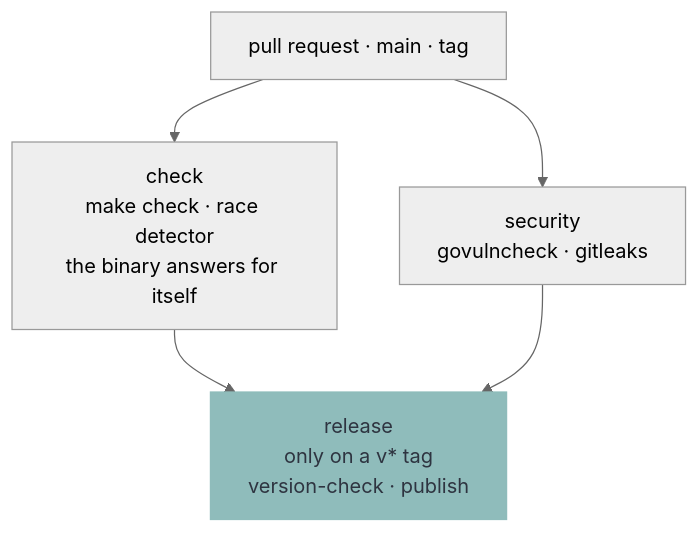
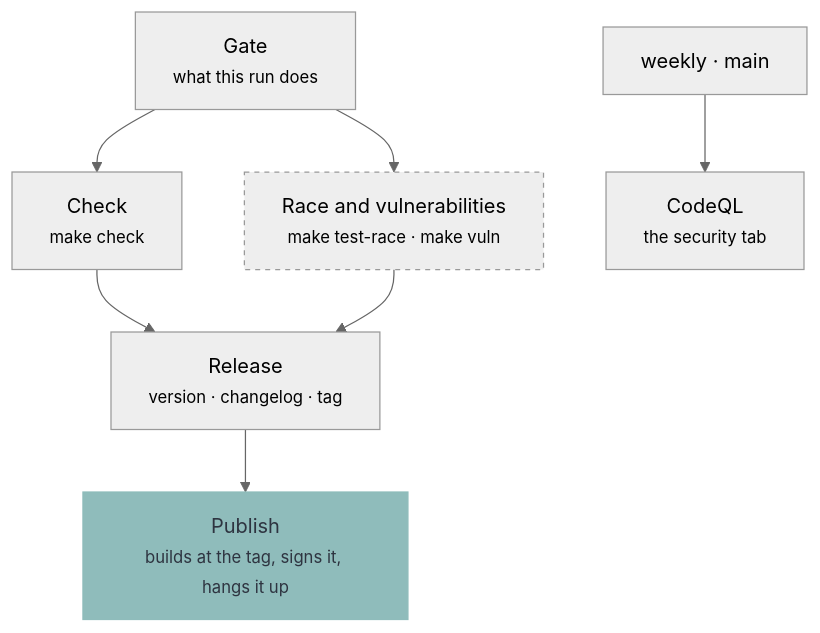
One commit to murkl/oak changed the second of 2 diagrams in docs/CONTRIBUTING.md. Above: the diagram before and after it, drawn with Mermaid (neutral theme). The commit also changed other lines of this file and 8 other files, not shown here.

Commit message:
ci: write the version and the release out of what lands on main

````diff
--- a/docs/CONTRIBUTING.md
+++ b/docs/CONTRIBUTING.md
@@ -82,9 +83,12 @@
 ```mermaid
 flowchart TD
-    P["pull request · main · tag"] --> C["check<br/>make check · race detector<br/>the binary answers for itself"]
-    P --> S["security<br/>govulncheck · gitleaks"]
-    C --> R
-    S --> R["release<br/>only on a v* tag<br/>version-check · publish"]
+    G["Gate<br/><small>what this run does</small>"] --> C["Check<br/><small>make check</small>"]
+    G --> D["Race and vulnerabilities<br/><small>make test-race · make vuln</small>"]
+    C --> R["Release<br/><small>version · changelog · tag</small>"]
+    D --> R
+    R --> P["Publish<br/><small>builds at the tag, signs it, hangs it up</small>"]
+    W["weekly · main"] --> Q["CodeQL<br/><small>the security tab</small>"]
 
-    style R fill:#8fbcbb,stroke:#8fbcbb,color:#2e3440
+    style D stroke-dasharray: 4 4
+    style P fill:#8fbcbb,stroke:#8fbcbb,color:#2e3440
 ```
````
